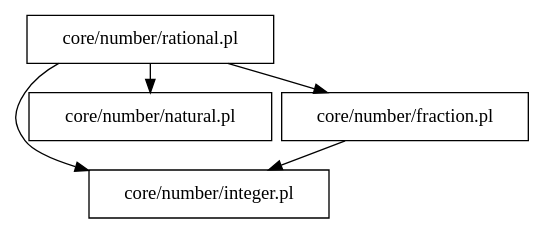
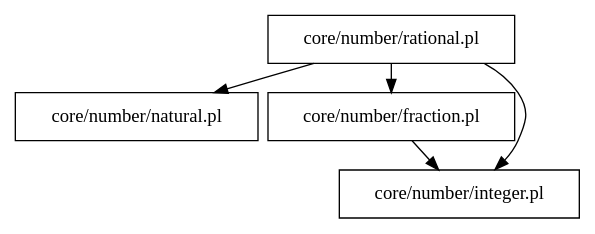
One commit to lluisalemanypuig/sycalc changed the diagram in docs/.cache/core/number/rational.dot. Above: the diagram before and after it, drawn with Graphviz. The commit also changed other lines of this file and 35 other files, not shown here.

```diff
--- a/docs/.cache/core/number/rational.dot
+++ b/docs/.cache/core/number/rational.dot
@@ -1,9 +1,9 @@
 digraph file_graph {
 node [shape=rectangle]
 nodesep = 0.1
 ranksep = 0.3
-"core/number/rational.pl" -> "core/number/integer.pl"
 "core/number/rational.pl" -> "core/number/natural.pl"
 "core/number/rational.pl" -> "core/number/fraction.pl"
+"core/number/rational.pl" -> "core/number/integer.pl"
 "core/number/fraction.pl" -> "core/number/integer.pl"
 }
```
